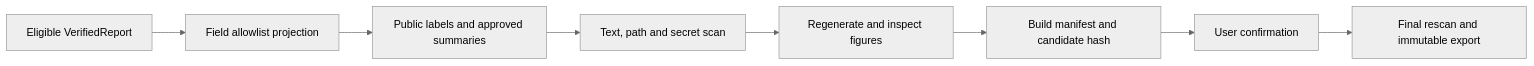
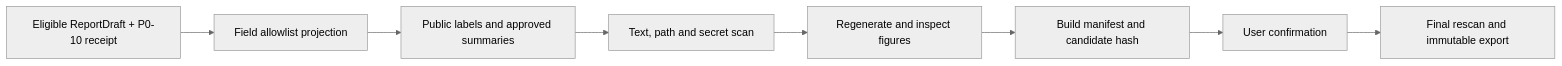
The diagram in docs/bridge_spec_v0.1/public_safe_export_task_card.md (starvingarc/BRIDGE), drawn with Mermaid (neutral theme) before and after one commit. The commit also changed other lines of this file and 55 other files, not shown here.

````diff
--- a/docs/bridge_spec_v0.1/public_safe_export_task_card.md
+++ b/docs/bridge_spec_v0.1/public_safe_export_task_card.md
@@ -84,10 +86,10 @@
 ```mermaid
 flowchart LR
-    A["Eligible VerifiedReport"] --> B["Field allowlist projection"]
+    A["Eligible ReportDraft + P0-10 receipt"] --> B["Field allowlist projection"]
     B --> C["Public labels and approved summaries"]
     C --> D["Text, path and secret scan"]
     D --> E["Regenerate and inspect figures"]
     E --> F["Build manifest and candidate hash"]
     F --> G["User confirmation"]
     G --> H["Final rescan and immutable export"]
 ```
````
